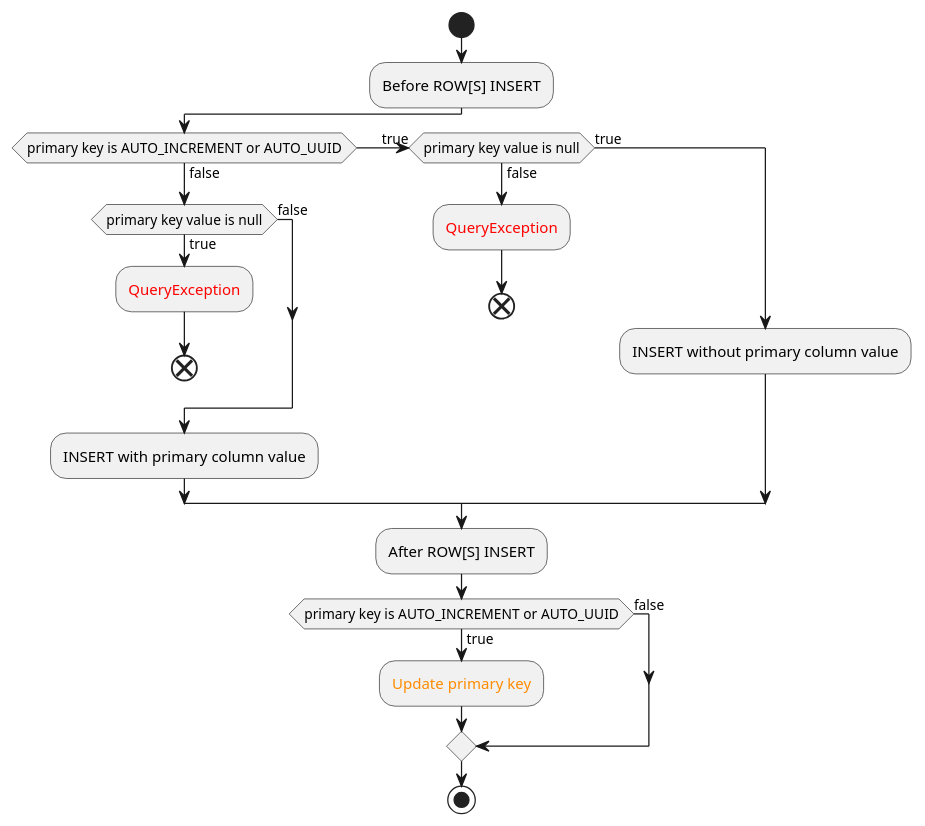
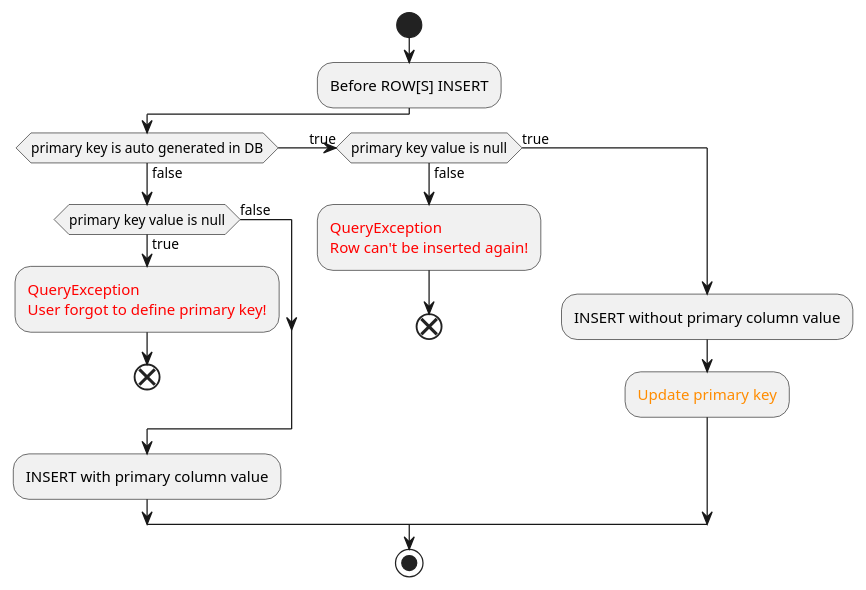
The diagram in specs/queries/ROW_INSERT.puml (urosjarc/db-messiah), drawn with PlantUML before and after one commit. The commit also changed 13 other files, not shown here.

Commit message:
Adding ext_isOptional, autoGenerated, fix driver insert and set insert query like its says in the specs.

```diff
--- a/specs/queries/ROW_INSERT.puml
+++ b/specs/queries/ROW_INSERT.puml
@@ -1,31 +1,27 @@
 @startuml
 start
 
 :Before ROW[S] INSERT;
 
-if (primary key is AUTO_INCREMENT or AUTO_UUID) then(false)
+if (primary key is auto generated in DB) then(false)
 
     if(primary key value is null) then(true)
-        :<color:red>QueryException;
+        :<color:red>QueryException
+        <color:red>User forgot to define primary key!;
         end
     else (false)
     endif
 
     :INSERT with primary column value;
 
 (true) elseif(primary key value is null) then(false)
-    :<color:red>QueryException;
+    :<color:red>QueryException
+    <color:red>Row can't be inserted again!;
     end
 else (true)
     :INSERT without primary column value;
-endif
-
-:After ROW[S] INSERT;
-
-if (primary key is AUTO_INCREMENT or AUTO_UUID) then(true)
     :<color:darkorange>Update primary key;
-else (false)
 endif
 
 stop
 @enduml
```
